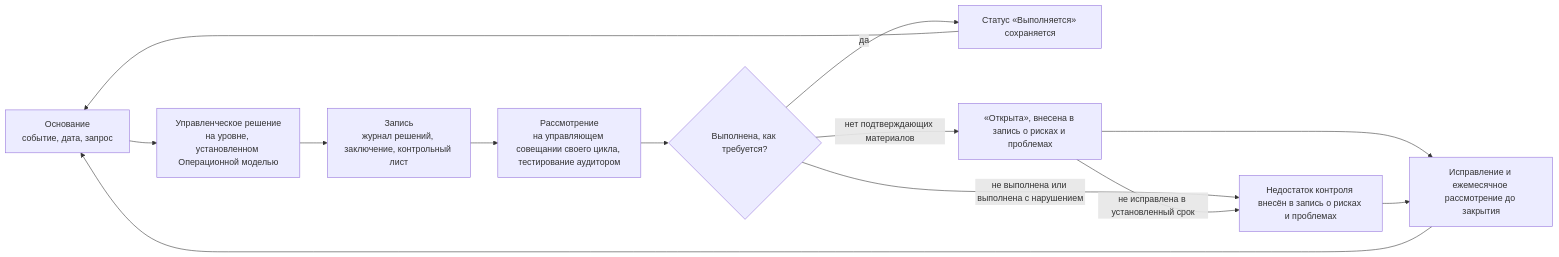
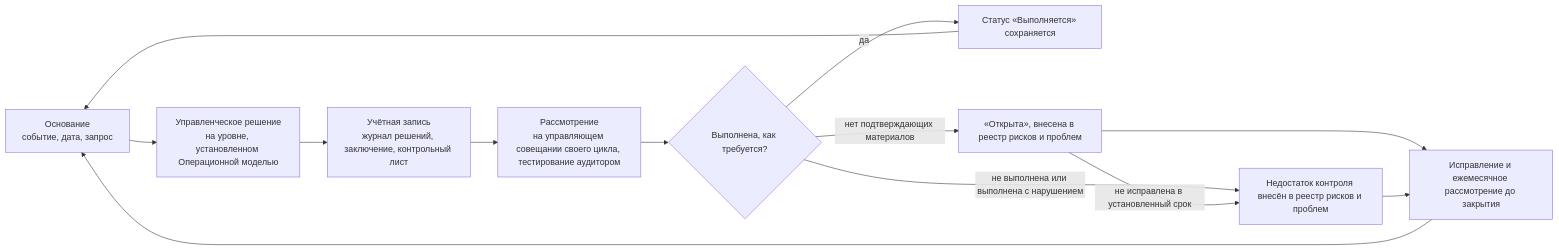
One commit to devhogu/ob-aicc changed the seventh of 8 diagrams in charter/ru/documents/operating-model.md. Above: the diagram before and after it, drawn with Mermaid. The commit also changed other lines of this file and 370 other files, not shown here.

````diff
--- a/charter/ru/documents/operating-model.md
+++ b/charter/ru/documents/operating-model.md
@@ -335,15 +335,15 @@
 ```mermaid
 flowchart LR
   T["Основание<br/>событие, дата, запрос"] --> D["Управленческое решение<br/>на уровне, установленном Операционной моделью"]
-  D --> R["Запись<br/>журнал решений, заключение, контрольный лист"]
+  D --> R["Учётная запись<br/>журнал решений, заключение, контрольный лист"]
   R --> V["Рассмотрение<br/>на управляющем совещании своего цикла, тестирование аудитором"]
   V --> C{"Выполнена, как требуется?"}
   C -->|да| K["Статус «Выполняется» сохраняется"]
-  C -->|"нет подтверждающих материалов"| O["«Открыта», внесена в запись о рисках и проблемах"]
-  C -->|"не выполнена или выполнена с нарушением"| F["Недостаток контроля внесён в запись о рисках и проблемах"]
+  C -->|"нет подтверждающих материалов"| O["«Открыта», внесена в реестр рисков и проблем"]
+  C -->|"не выполнена или выполнена с нарушением"| F["Недостаток контроля внесён в реестр рисков и проблем"]
   O -->|"не исправлена в установленный срок"| F
   O --> X["Исправление и ежемесячное рассмотрение до закрытия"]
   F --> X
   X --> T
   K --> T
 ```
````
